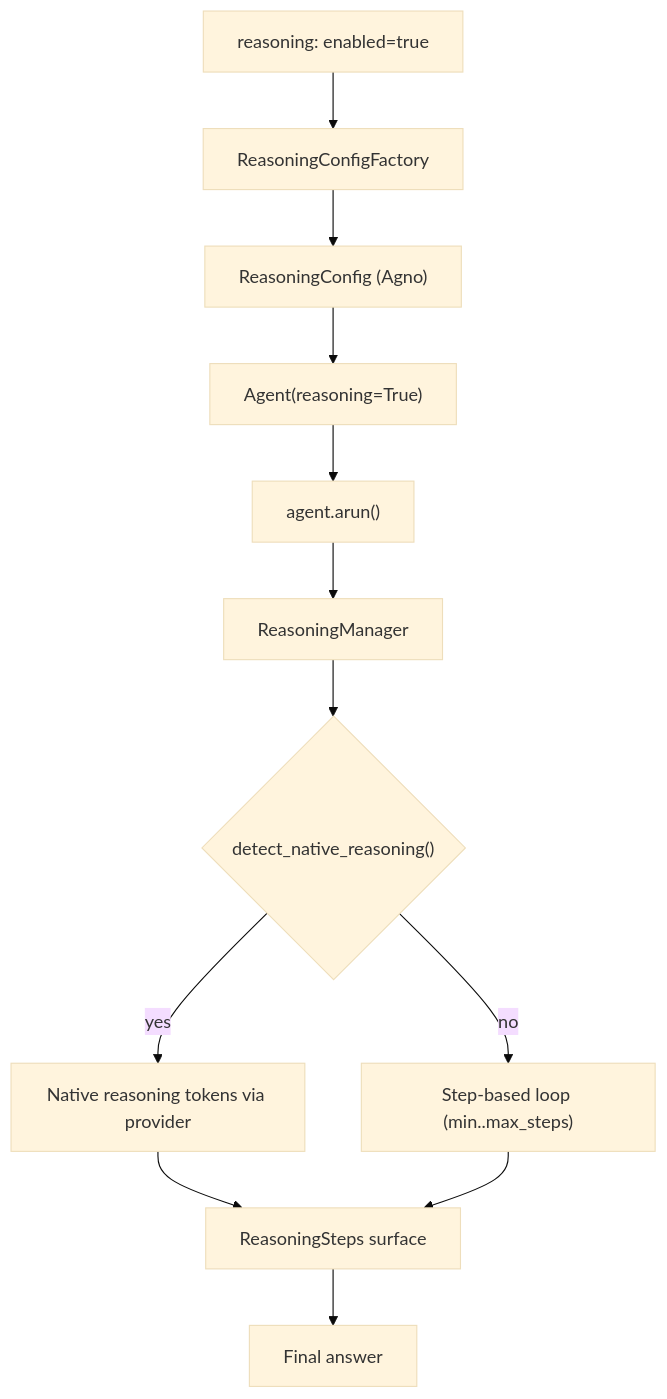
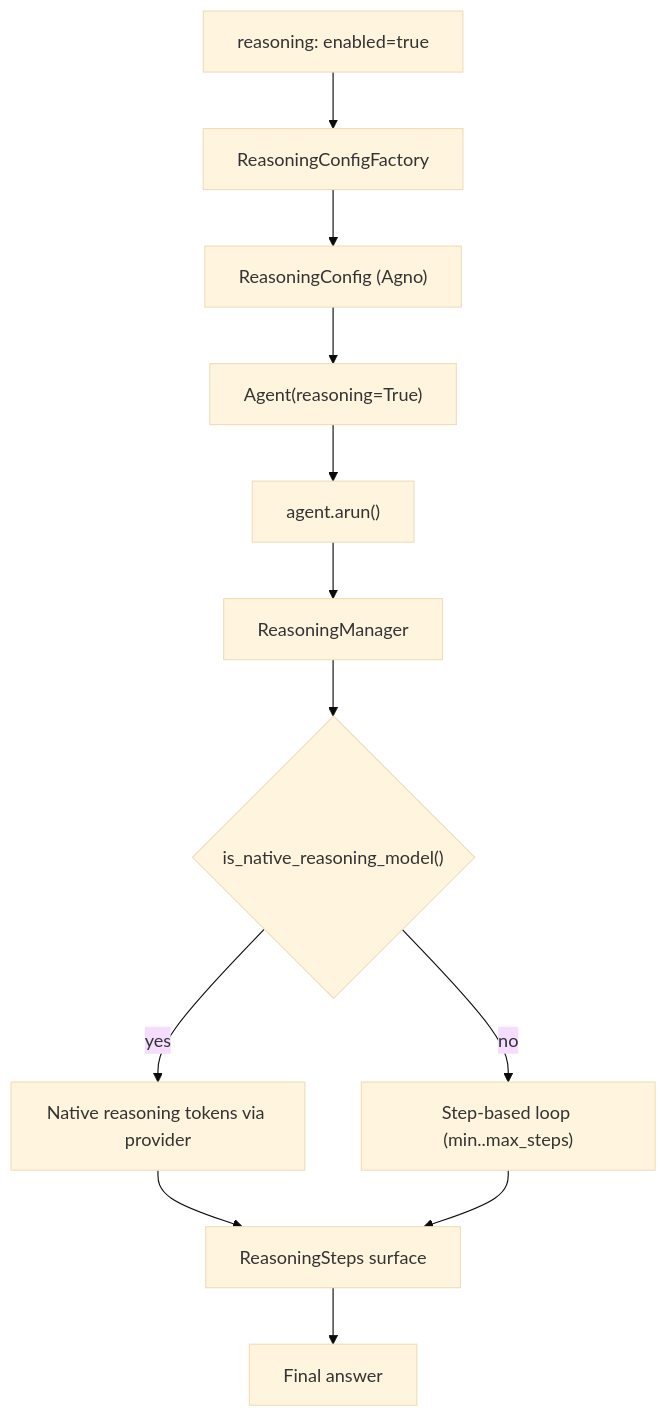
The diagram in specs/SPEC_28_REASONING_ARCHITECTURE.md (CENFARG/yaml-agno), drawn with Mermaid (base theme) before and after one commit. The commit also changed other lines of this file, not shown here.

First line of the commit message:
spec(28): deep review — fix invented ReasoningManager method

````diff
--- a/specs/SPEC_28_REASONING_ARCHITECTURE.md
+++ b/specs/SPEC_28_REASONING_ARCHITECTURE.md
@@ -257,14 +266,14 @@
 ```mermaid
 graph TD
     YAML["reasoning: enabled=true"] --> FACTORY["ReasoningConfigFactory"]
     FACTORY --> RCFG["ReasoningConfig (Agno)"]
     RCFG --> AGENT["Agent(reasoning=True)"]
     AGENT --> RUN["agent.arun()"]
     RUN --> MGR["ReasoningManager"]
-    MGR --> DETECT{"detect_native_reasoning()"}
+    MGR --> DETECT{"is_native_reasoning_model()"}
     DETECT -->|yes| NATIVE["Native reasoning tokens via provider"]
     DETECT -->|no| LOOP["Step-based loop (min..max_steps)"]
     NATIVE --> STEPS["ReasoningSteps surface"]
     LOOP --> STEPS
     STEPS --> FINAL["Final answer"]
 ```
````
